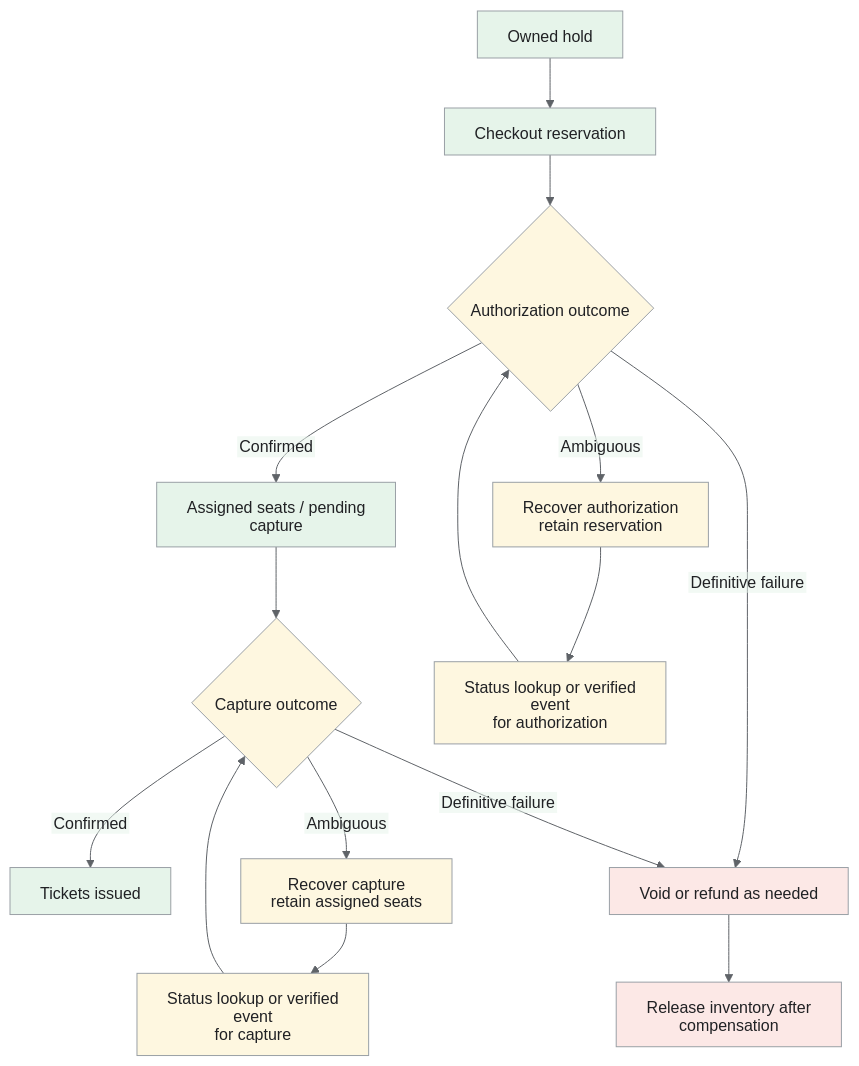
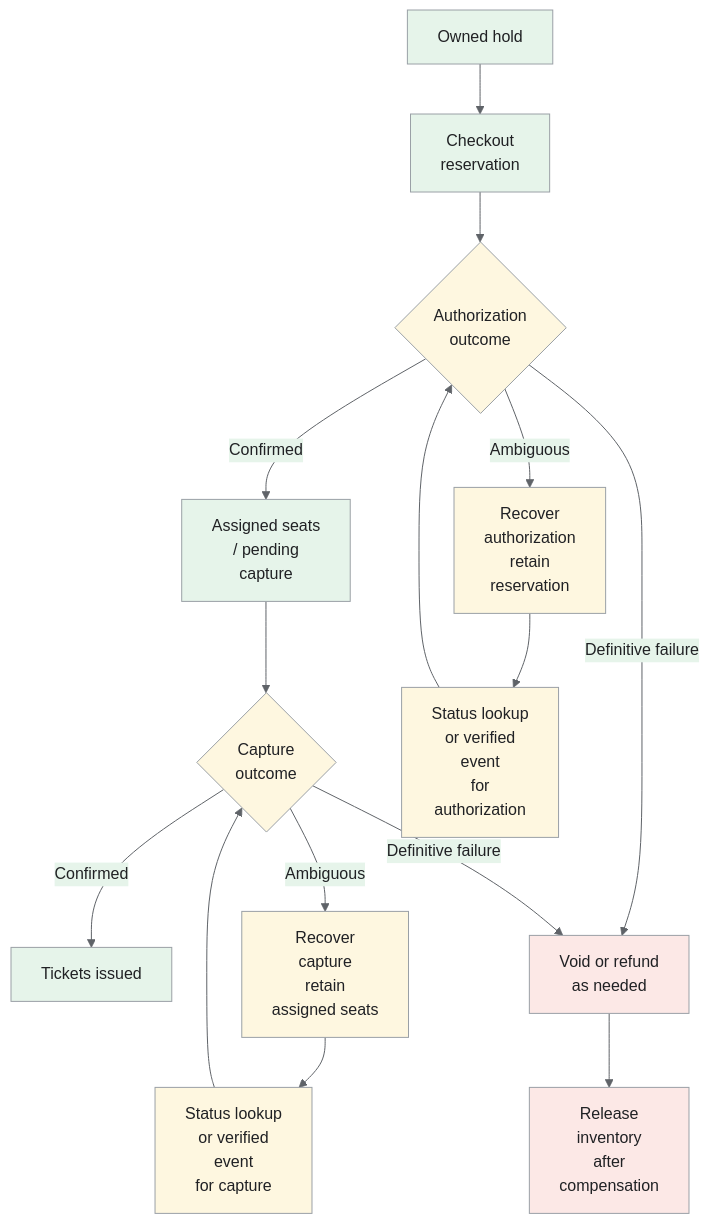
Before and after one commit to iliazlobin/iliazlobin.github.io: the fifth of 5 diagrams in _designs/system-design-ticketmaster.md, drawn with Mermaid. The commit also changed other lines of this file and 116 other files, not shown here.

````diff
--- a/_designs/system-design-ticketmaster.md
+++ b/_designs/system-design-ticketmaster.md
@@ -364,25 +399,25 @@
 ```mermaid
-%%{init: {'theme':'base','htmlLabels':false,'flowchart':{'htmlLabels':false},'themeVariables':{'fontFamily':'Arial, sans-serif','primaryColor':'#e8f0fe','primaryTextColor':'#202124','primaryBorderColor':'#9aa0a6','lineColor':'#5f6368','secondaryColor':'#e6f4ea','tertiaryColor':'#fef7e0','actorBkg':'#e8f0fe','actorBorder':'#9aa0a6','actorTextColor':'#202124','noteBkgColor':'#fef7e0','noteTextColor':'#202124','noteBorderColor':'#9aa0a6','signalColor':'#5f6368','signalTextColor':'#202124','labelBoxBkgColor':'#fef7e0','labelBoxBorderColor':'#9aa0a6'}}}%%
+%%{init: {"theme":"base","themeVariables":{"primaryColor":"#e8f0fe","primaryBorderColor":"#9aa0a6","primaryTextColor":"#202124","secondaryColor":"#e6f4ea","tertiaryColor":"#fef7e0","lineColor":"#5f6368","actorBkg":"#e8f0fe","actorBorder":"#9aa0a6","actorTextColor":"#202124","noteBkgColor":"#fef7e0","noteBorderColor":"#9aa0a6","noteTextColor":"#202124","signalColor":"#5f6368","signalTextColor":"#202124"}}}%%
 flowchart TB
-  A["Owned hold"] --> B["Checkout reservation"]
-  B --> C{"Authorization outcome"}
-  C -->|"Confirmed"| D["Assigned seats / pending capture"]
-  D --> E{"Capture outcome"}
+  A["Owned hold"] --> B["Checkout<br>reservation"]
+  B --> C{"Authorization<br>outcome"}
+  C -->|"Confirmed"| D["Assigned seats<br>/ pending<br>capture"]
+  D --> E{"Capture<br>outcome"}
   E -->|"Confirmed"| F["Tickets issued"]
-  C -->|"Ambiguous"| G["Recover authorization<br>retain reservation"]
-  G --> H["Status lookup or verified event<br>for authorization"]
+  C -->|"Ambiguous"| G["Recover<br>authorization<br>retain<br>reservation"]
+  G --> H["Status lookup<br>or verified<br>event<br>for<br>authorization"]
   H --> C
-  E -->|"Ambiguous"| I["Recover capture<br>retain assigned seats"]
-  I --> J["Status lookup or verified event<br>for capture"]
+  E -->|"Ambiguous"| I["Recover<br>capture<br>retain<br>assigned seats"]
+  I --> J["Status lookup<br>or verified<br>event<br>for capture"]
   J --> E
-  C -->|"Definitive failure"| K["Void or refund as needed"]
+  C -->|"Definitive failure"| K["Void or refund<br>as needed"]
   E -->|"Definitive failure"| K
-  K --> L["Release inventory after compensation"]
+  K --> L["Release<br>inventory<br>after<br>compensation"]
   class A,B,D,F data;
   class C,E,G,H,I,J control;
   class K,L danger;
 classDef request fill:#e8f0fe,stroke:#9aa0a6,color:#202124;
 classDef data fill:#e6f4ea,stroke:#9aa0a6,color:#202124;
 classDef control fill:#fef7e0,stroke:#9aa0a6,color:#202124;
 classDef danger fill:#fce8e6,stroke:#9aa0a6,color:#202124;
 ```
````
